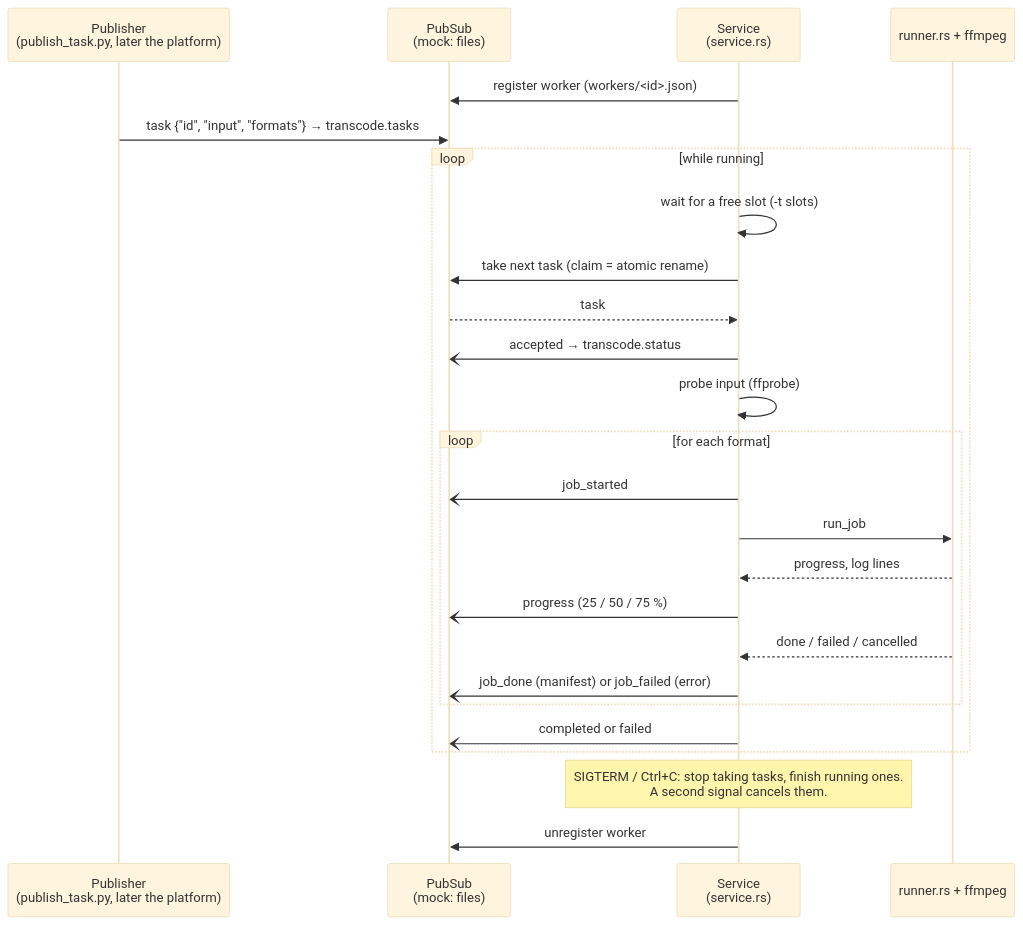
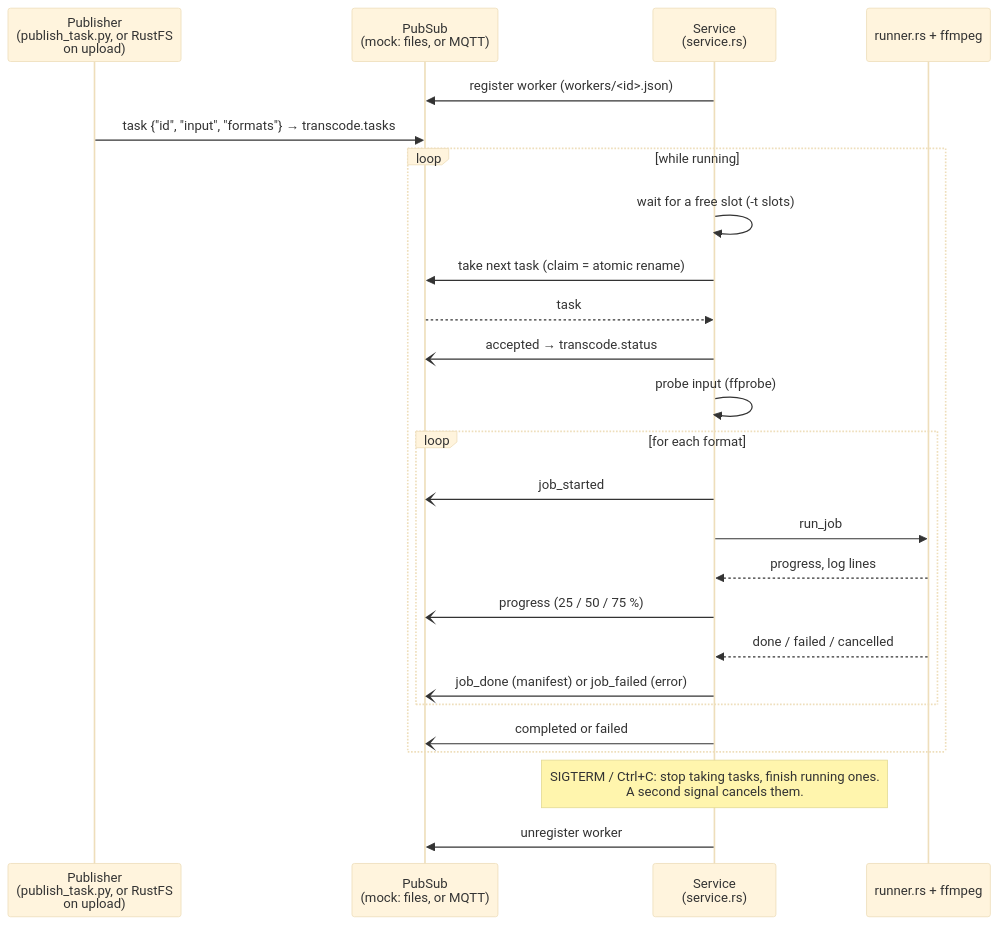
One commit to Domeimeie/DodoGlass changed the third of 5 diagrams in docs/architecture/transcoder.md. Above: the diagram before and after it, drawn with Mermaid (base theme). The commit also changed other lines of this file and 23 other files, not shown here.

Commit message:
Transcoder on MQTT + RustFS: streamed input and output, duplicate skip, efficiency docs

````diff
--- a/docs/architecture/transcoder.md
+++ b/docs/architecture/transcoder.md
@@ -155,28 +168,28 @@
 ```mermaid
 sequenceDiagram
-    participant Pub as Publisher<br/>(publish_task.py, later the platform)
-    participant Bus as PubSub<br/>(mock: files)
+    participant Pub as Publisher<br/>(publish_task.py, or RustFS<br/>on upload)
+    participant Bus as PubSub<br/>(mock: files, or MQTT)
     participant Svc as Service<br/>(service.rs)
     participant Run as runner.rs + ffmpeg
 
     Svc->>Bus: register worker (workers/<id>.json)
     Pub->>Bus: task {"id", "input", "formats"} → transcode.tasks
     loop while running
         Svc->>Svc: wait for a free slot (-t slots)
         Svc->>Bus: take next task (claim = atomic rename)
         Bus-->>Svc: task
         Svc-)Bus: accepted → transcode.status
         Svc->>Svc: probe input (ffprobe)
         loop for each format
             Svc-)Bus: job_started
             Svc->>Run: run_job
             Run-->>Svc: progress, log lines
             Svc-)Bus: progress (25 / 50 / 75 %)
             Run-->>Svc: done / failed / cancelled
             Svc-)Bus: job_done (manifest) or job_failed (error)
         end
         Svc-)Bus: completed or failed
     end
     Note over Svc: SIGTERM / Ctrl+C: stop taking tasks, finish running ones.<br/>A second signal cancels them.
     Svc->>Bus: unregister worker
 ```
````
